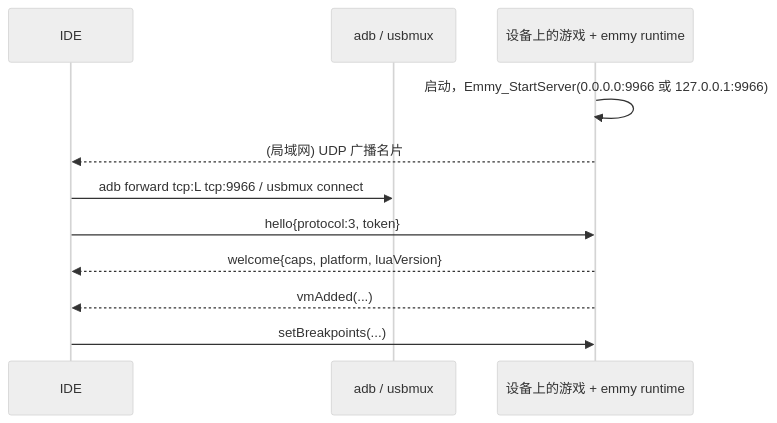
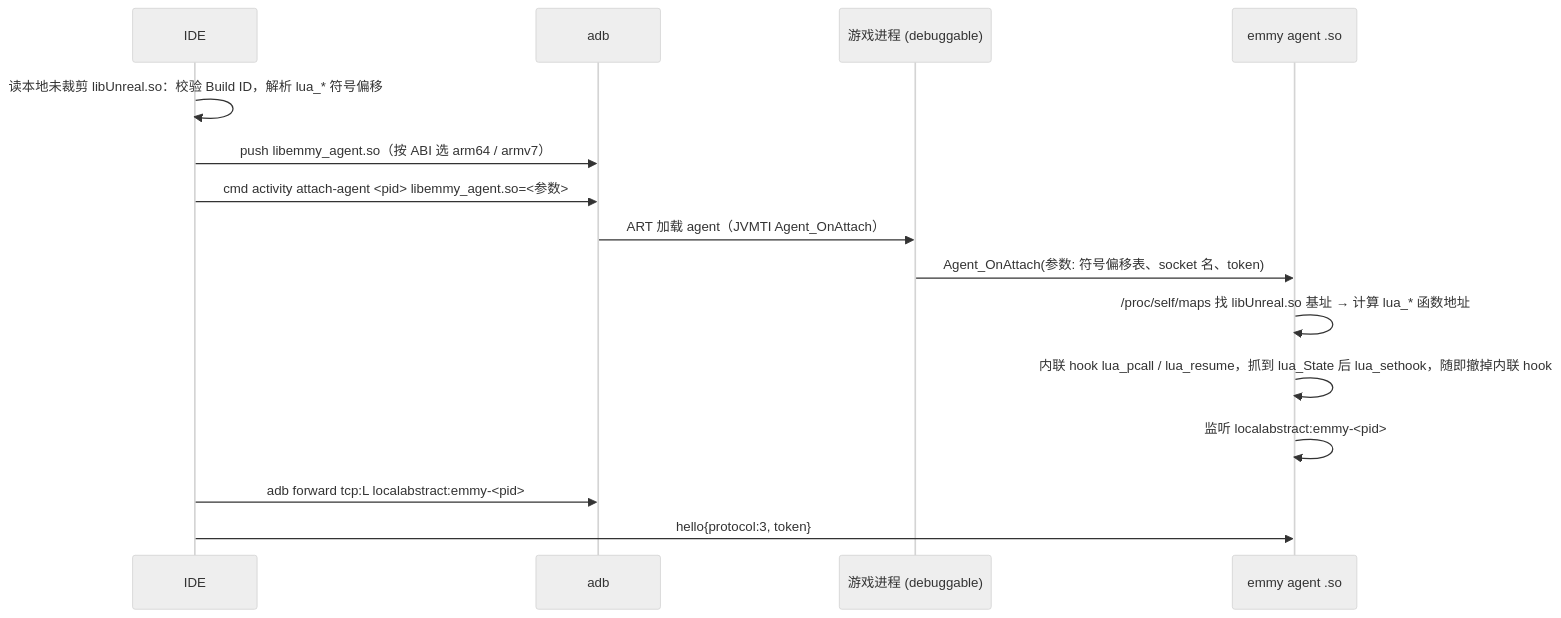
One commit to fixcode-h/IntelliJ-EmmyLua changed the second of 2 diagrams in docs/design/2026-11-debugger-redesign.md. Above: the diagram before and after it, drawn with Mermaid (neutral theme). The commit also changed other lines of this file, not shown here.

````diff
--- a/docs/design/2026-11-debugger-redesign.md
+++ b/docs/design/2026-11-debugger-redesign.md
@@ -532,13 +546,17 @@
 ```mermaid
 sequenceDiagram
     participant IDE
-    participant Fwd as adb / usbmux
-    participant App as 设备上的游戏 + emmy runtime
-    App->>App: 启动，Emmy_StartServer(0.0.0.0:9966 或 127.0.0.1:9966)
-    App-->>IDE: (局域网) UDP 广播名片
-    IDE->>Fwd: adb forward tcp:L tcp:9966 / usbmux connect
-    IDE->>App: hello{protocol:3, token}
-    App-->>IDE: welcome{caps, platform, luaVersion}
-    App-->>IDE: vmAdded(...)
-    IDE->>App: setBreakpoints(...)
+    participant ADB as adb
+    participant App as 游戏进程 (debuggable)
+    participant Agent as emmy agent .so
+    IDE->>IDE: 读本地未裁剪 libUnreal.so：校验 Build ID，解析 lua_* 符号偏移
+    IDE->>ADB: push libemmy_agent.so（按 ABI 选 arm64 / armv7）
+    IDE->>ADB: cmd activity attach-agent <pid> libemmy_agent.so=<参数>
+    ADB->>App: ART 加载 agent（JVMTI Agent_OnAttach）
+    App->>Agent: Agent_OnAttach(参数: 符号偏移表、socket 名、token)
+    Agent->>Agent: /proc/self/maps 找 libUnreal.so 基址 → 计算 lua_* 函数地址
+    Agent->>Agent: 内联 hook lua_pcall / lua_resume，抓到 lua_State 后 lua_sethook，随即撤掉内联 hook
+    Agent->>Agent: 监听 localabstract:emmy-<pid>
+    IDE->>ADB: adb forward tcp:L localabstract:emmy-<pid>
+    IDE->>Agent: hello{protocol:3, token}
 ```
````
